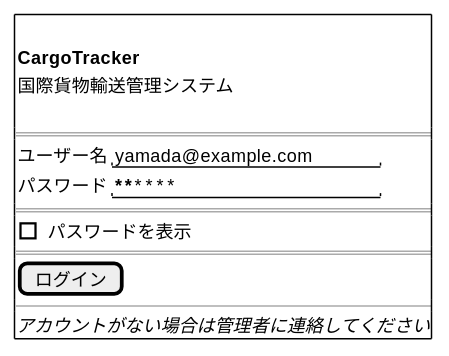
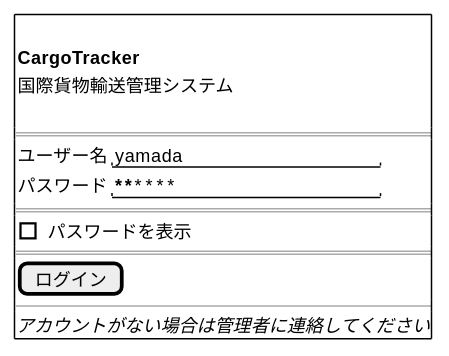
The third of 18 diagrams in docs/design/ui_design.md (k2works/case-study-cargo-tracker), drawn with PlantUML before and after one commit. The commit also changed other lines of this file and 6 other files, not shown here.

````diff
--- a/docs/design/ui_design.md
+++ b/docs/design/ui_design.md
@@ -355,25 +355,25 @@
 ```plantuml
 @startsalt
 {+
   {
     .
     <b>CargoTracker</b>
     国際貨物輸送管理システム
     .
   }
   ==
   {
-    ユーザー名  | "yamada@example.com    "
+    ユーザー名  | "yamada                "
     パスワード  | "**************        "
   }
   ==
   {
     [] パスワードを表示
   }
   ==
   [  ログイン  ]
   --
   <i>アカウントがない場合は管理者に連絡してください</i>
 }
 @endsalt
 ```
````
